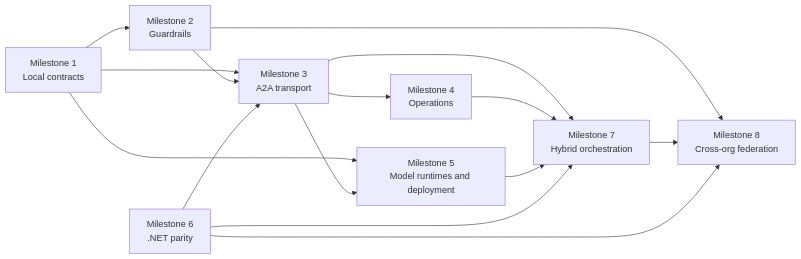
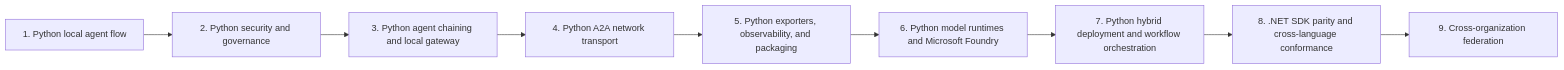
Before and after one commit to malcmiller/conducto-ai: the fourth of 4 diagrams in docs/deployment-and-federation.md, drawn with Mermaid. The commit also changed other lines of this file and 127 other files, not shown here.

````diff
--- a/docs/deployment-and-federation.md
+++ b/docs/deployment-and-federation.md
@@ -319,17 +321,11 @@
 ```mermaid
 flowchart LR
-    M1[Milestone 1<br/>Local contracts] --> M2[Milestone 2<br/>Guardrails]
-    M1 --> M3[Milestone 3<br/>A2A transport]
-    M2 --> M3
-    M3 --> M4[Milestone 4<br/>Operations]
-    M1 --> M5[Milestone 5<br/>Model runtimes and deployment]
-    M3 --> M5
-    M3 --> M7[Milestone 7<br/>Hybrid orchestration]
-    M4 --> M7
-    M5 --> M7
-    M6[Milestone 6<br/>.NET parity] --> M3
-    M6 --> M7
-    M2 --> M8[Milestone 8<br/>Cross-org federation]
-    M7 --> M8
-    M6 --> M8
+    M1[1. Python local agent flow] --> M2[2. Python security and governance]
+    M2 --> M3[3. Python agent chaining and local gateway]
+    M3 --> M4[4. Python A2A network transport]
+    M4 --> M5[5. Python exporters, observability, and packaging]
+    M5 --> M6[6. Python model runtimes and Microsoft Foundry]
+    M6 --> M7[7. Python hybrid deployment and workflow orchestration]
+    M7 --> M8[8. .NET SDK parity and cross-language conformance]
+    M8 --> M9[9. Cross-organization federation]
 ```
````
